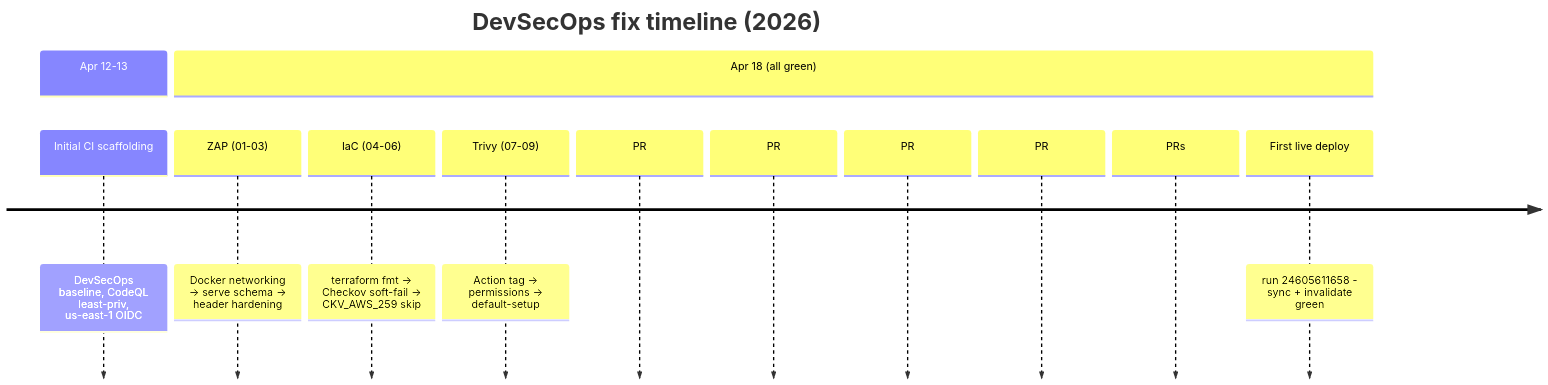
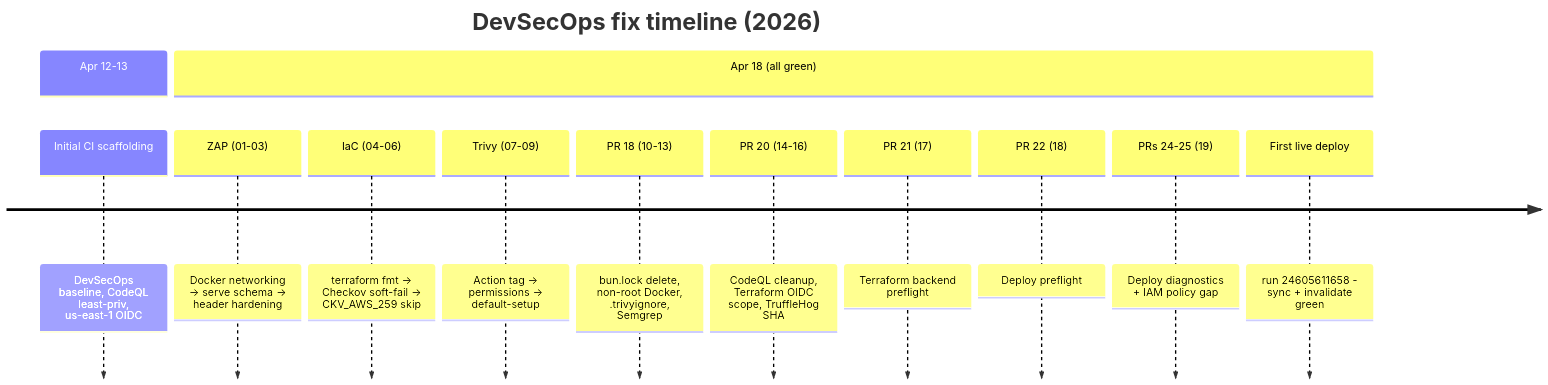
Before and after one commit to asadyare/secure-banking-app: the diagram in docs/case-study/05-incident-log.md, drawn with Mermaid. The commit also changed 1 other file, not shown here.

Commit message:
docs: fix mermaid timeline and threat-model flowchart
The incident-log timeline treated "#" as a line comment, so the PR
event titles and descriptions never rendered. Spell those events as
"PR 18" and "PRs 24-25" so the numbers, ranges, and descriptions show.

Replace the ASCII system-context sketch, which GitHub parsed as mermaid
and rejected, with a flowchart of the same nodes and edge labels.

````diff
--- a/docs/case-study/05-incident-log.md
+++ b/docs/case-study/05-incident-log.md
@@ -47,16 +47,16 @@
 ```mermaid
 timeline
   title DevSecOps fix timeline (2026)
   section Apr 12-13
     Initial CI scaffolding : DevSecOps baseline, CodeQL least-priv, us-east-1 OIDC
   section Apr 18 (all green)
     ZAP (01-03)            : Docker networking -> serve schema -> header hardening
     IaC (04-06)            : terraform fmt -> Checkov soft-fail -> CKV_AWS_259 skip
     Trivy (07-09)          : Action tag -> permissions -> default-setup
-    PR #18 (10-13)         : bun.lock delete, non-root Docker, .trivyignore, Semgrep
-    PR #20 (14-16)         : CodeQL cleanup, Terraform OIDC scope, TruffleHog SHA
-    PR #21 (17)            : Terraform backend preflight
-    PR #22 (18)            : Deploy preflight
-    PRs #24-25 (19)        : Deploy diagnostics + IAM policy gap
+    PR 18 (10-13)          : bun.lock delete, non-root Docker, .trivyignore, Semgrep
+    PR 20 (14-16)          : CodeQL cleanup, Terraform OIDC scope, TruffleHog SHA
+    PR 21 (17)             : Terraform backend preflight
+    PR 22 (18)             : Deploy preflight
+    PRs 24-25 (19)         : Deploy diagnostics + IAM policy gap
     First live deploy      : run 24605611658 - sync + invalidate green
 ```
````
